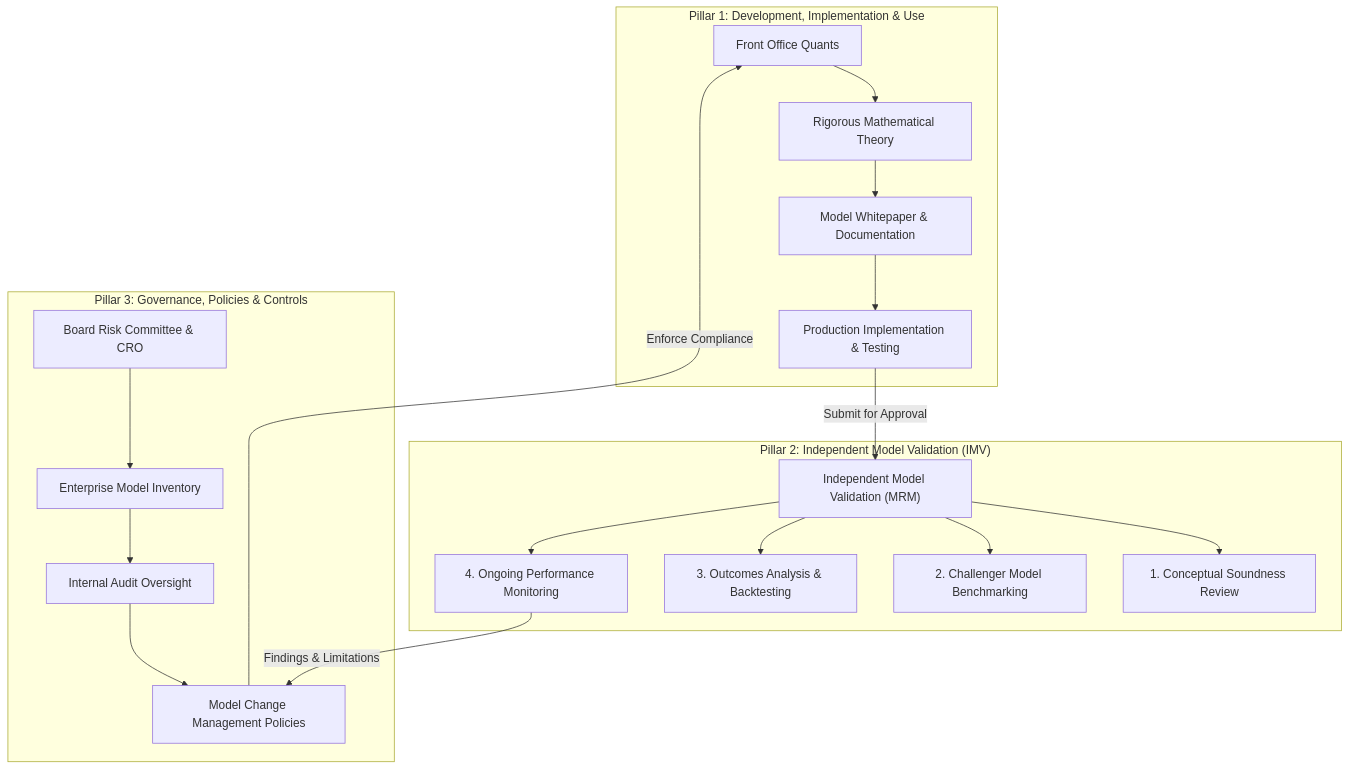
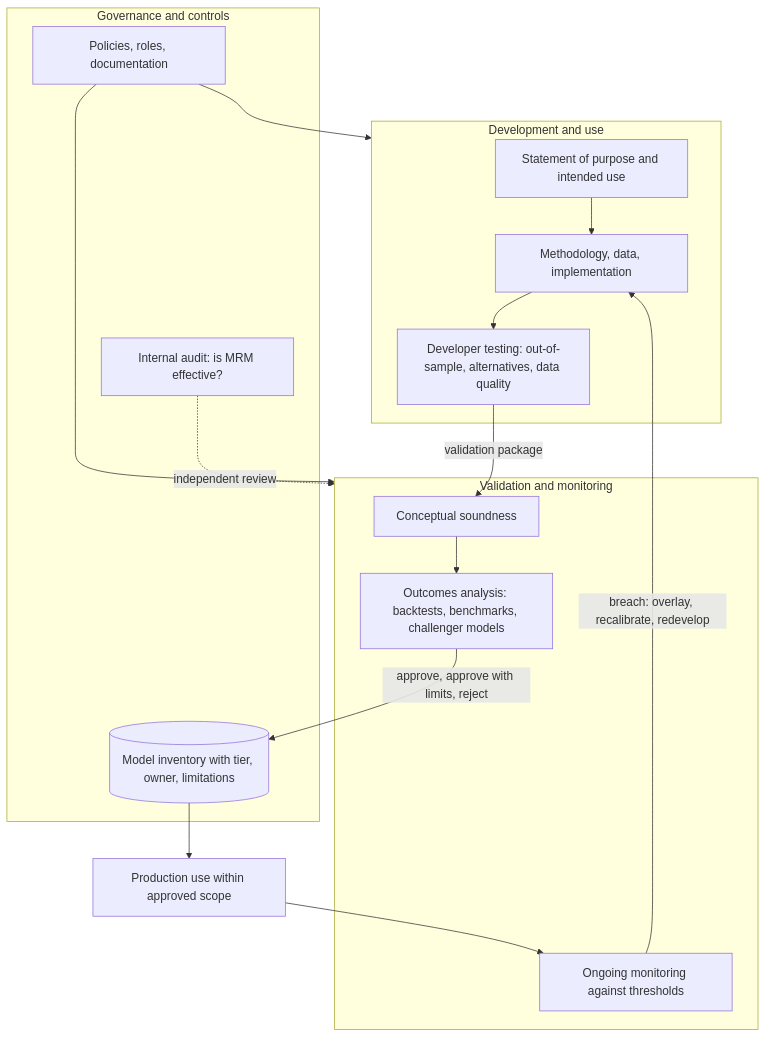
Before and after one commit to shreejitverma/The-Quant-Prep: the first of 2 diagrams in 18-Pricing-and-Risk-Systems/15-Model-Governance.md, drawn with Mermaid. The commit also changed other lines of this file and 14 other files, not shown here.

First line of the commit message:
fix(pricing-and-risk-systems): verify notes 13-18 against primary sources and rebuild their checks (#70)

````diff
--- a/18-Pricing-and-Risk-Systems/15-Model-Governance.md
+++ b/18-Pricing-and-Risk-Systems/15-Model-Governance.md
@@ -45,25 +57,26 @@
 ```mermaid
 flowchart TB
-    subgraph Pillar1["Pillar 1: Development, Implementation & Use"]
-        Dev["Front Office Quants"] --> Theory["Rigorous Mathematical Theory"]
-        Theory --> Doc["Model Whitepaper & Documentation"]
-        Doc --> CodeImp["Production Implementation & Testing"]
+    subgraph Dev["Development and use"]
+        Purpose["Statement of purpose and intended use"] --> Build["Methodology, data, implementation"]
+        Build --> Test["Developer testing: out-of-sample, alternatives, data quality"]
     end
-
-    subgraph Pillar2["Pillar 2: Independent Model Validation (IMV)"]
-        IMV["Independent Model Validation (MRM)"] --> Soundness["1. Conceptual Soundness Review"]
-        IMV --> Challenger["2. Challenger Model Benchmarking"]
-        IMV --> Outcomes["3. Outcomes Analysis & Backtesting"]
-        IMV --> Monitoring["4. Ongoing Performance Monitoring"]
+    subgraph Val["Validation and monitoring"]
+        CS["Conceptual soundness"]
+        OA["Outcomes analysis: backtests, benchmarks, challenger models"]
+        OM["Ongoing monitoring against thresholds"]
     end
-
-    subgraph Pillar3["Pillar 3: Governance, Policies & Controls"]
-        Board["Board Risk Committee & CRO"] --> Inventory["Enterprise Model Inventory"]
-        Inventory --> Audit["Internal Audit Oversight"]
-        Audit --> Policies["Model Change Management Policies"]
+    subgraph Gov["Governance and controls"]
+        Inv[("Model inventory with tier, owner, limitations")]
+        Pol["Policies, roles, documentation"]
+        IA["Internal audit: is MRM effective?"]
     end
-
-    CodeImp -->|Submit for Approval| IMV
-    Monitoring -->|Findings & Limitations| Policies
-    Policies -->|Enforce Compliance| Dev
+    Test -->|validation package| CS
+    CS --> OA
+    OA -->|approve, approve with limits, reject| Inv
+    Inv --> Use["Production use within approved scope"]
+    Use --> OM
+    OM -->|breach: overlay, recalibrate, redevelop| Build
+    Pol --> Dev
+    Pol --> Val
+    IA -.->|independent review| Val
 ```
````
